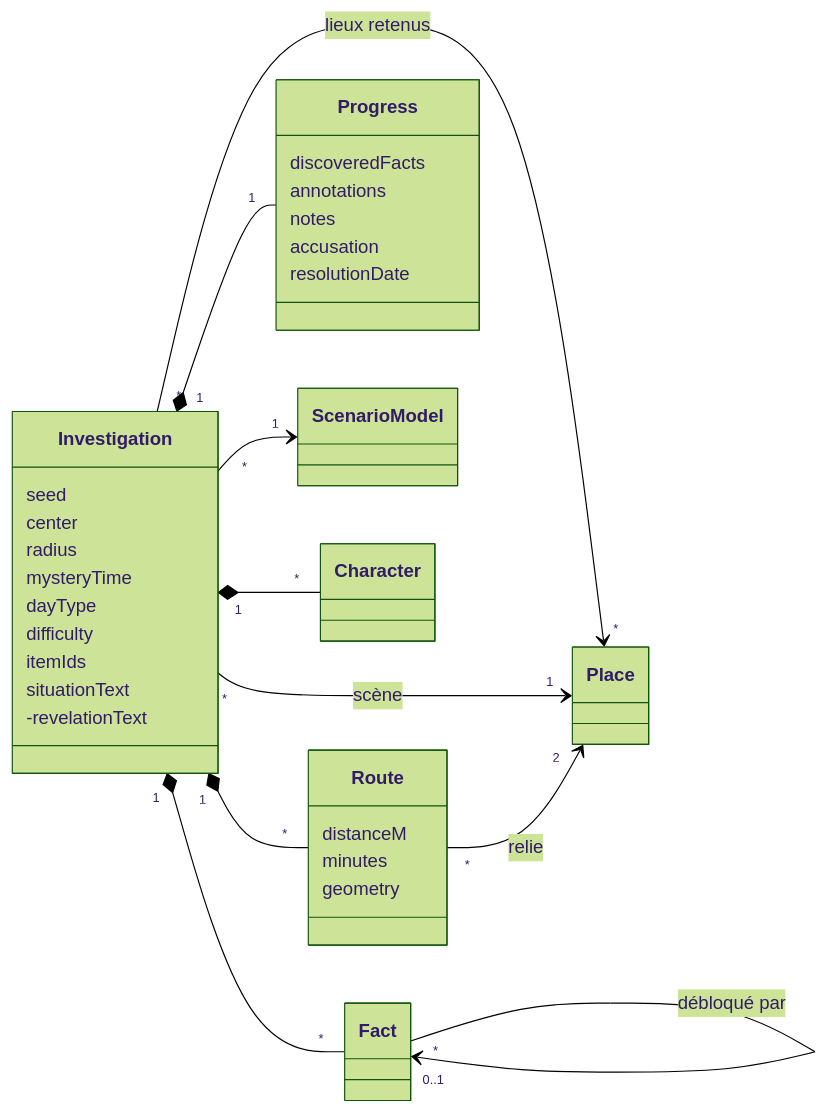
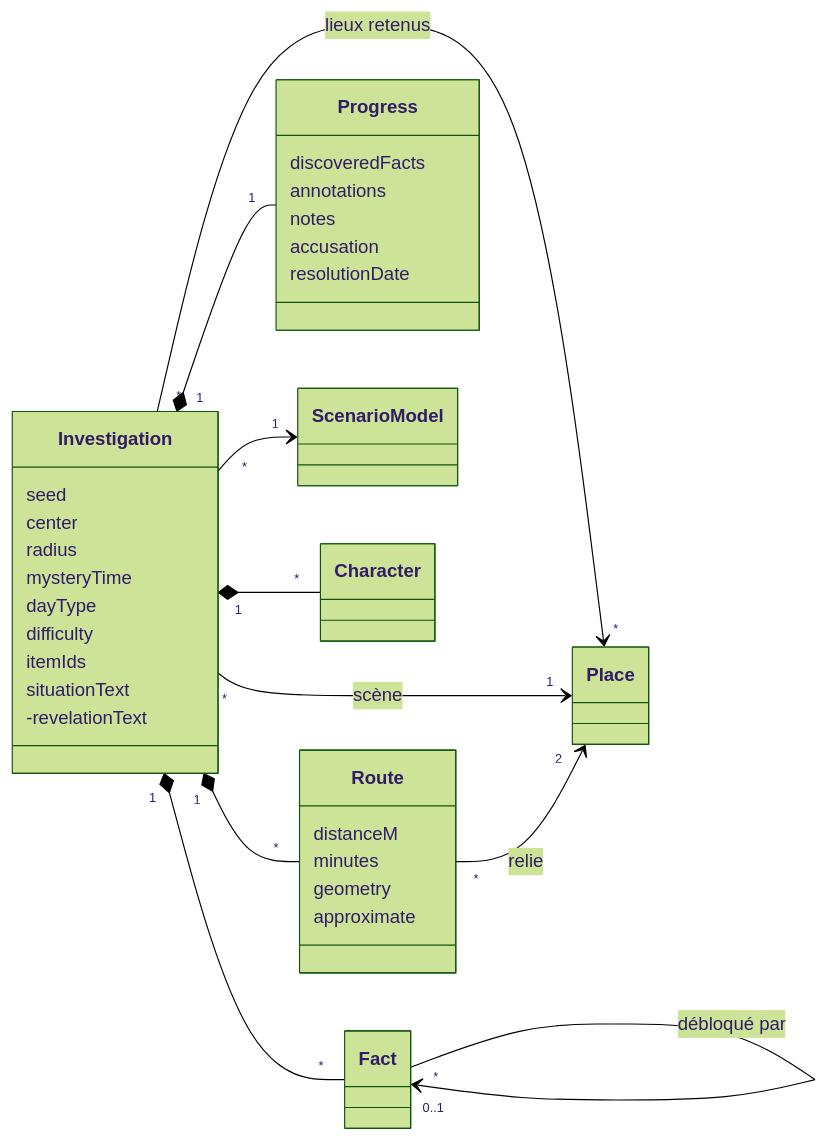
The fourth of 4 diagrams in docs/reference/DATA-MODEL.md (akartikus/pistouil), drawn with Mermaid (forest theme) before and after one commit. The commit also changed other lines of this file and 14 other files, not shown here.

Commit message:
feat(routes): add pedestrian routes (graph preparation and routing)

````diff
--- a/docs/reference/DATA-MODEL.md
+++ b/docs/reference/DATA-MODEL.md
@@ -201,36 +201,37 @@
 ```mermaid
 classDiagram
   direction LR
   class Investigation {
     seed
     center
     radius
     mysteryTime
     dayType
     difficulty
     itemIds
     situationText
     -revelationText
   }
   class Route {
     distanceM
     minutes
     geometry
+    approximate
   }
   class Progress {
     discoveredFacts
     annotations
     notes
     accusation
     resolutionDate
   }
   Investigation "*" --> "1" ScenarioModel
   Investigation "*" --> "*" Place : lieux retenus
   Investigation "*" --> "1" Place : scène
   Investigation "1" *-- "*" Character
   Investigation "1" *-- "*" Fact
   Investigation "1" *-- "*" Route
   Investigation "1" *-- "1" Progress
   Route "*" --> "2" Place : relie
   Fact "*" --> "0..1" Fact : débloqué par
 ```
````
